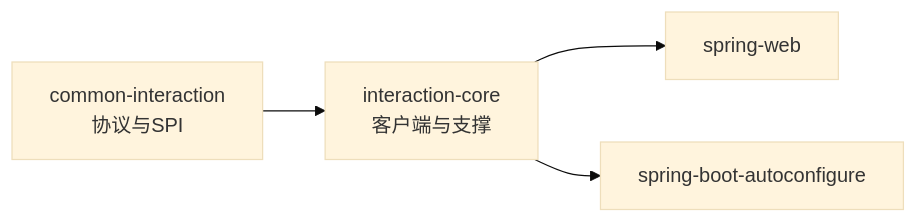
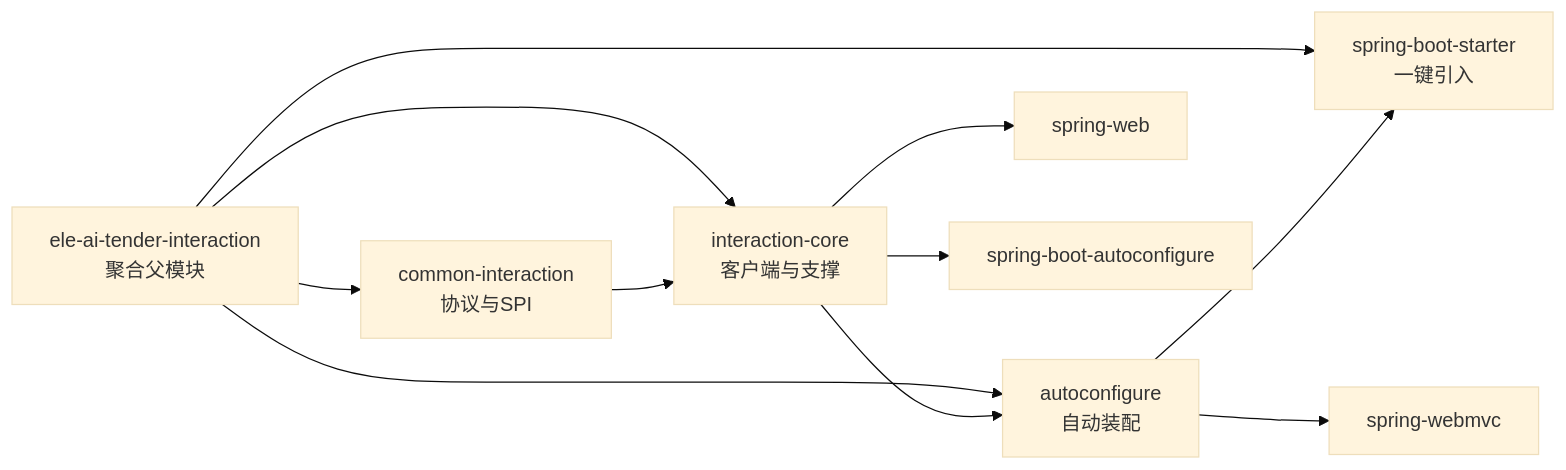
One commit to DrunkFood/First changed the sixth of 6 diagrams in .qoder/repowiki/zh/content/后端服务/交互服务 (ele-ai-tender-interaction)/交互服务 (ele-ai-tender-interaction).md. Above: the diagram before and after it, drawn with Mermaid (base theme). The commit also changed other lines of this file and 66 other files, not shown here.

````diff
--- a/.qoder/repowiki/zh/content/后端服务/交互服务 (ele-ai-tender-interaction)/交互服务 (ele-ai-tender-interaction).md
+++ b/.qoder/repowiki/zh/content/后端服务/交互服务 (ele-ai-tender-interaction)/交互服务 (ele-ai-tender-interaction).md
@@ -232,6 +256,13 @@
 ```mermaid
 graph LR
-CI["common-interaction<br/>协议与SPI"] --> IC["interaction-core<br/>客户端与支撑"]
-IC --> SW["spring-web"]
-IC --> AB["spring-boot-autoconfigure"]
+Parent["ele-ai-tender-interaction<br/>聚合父模块"] --> Common["common-interaction<br/>协议与SPI"]
+Parent --> Core["interaction-core<br/>客户端与支撑"]
+Parent --> Auto["autoconfigure<br/>自动装配"]
+Parent --> Starter["spring-boot-starter<br/>一键引入"]
+Common --> Core
+Core --> Auto
+Auto --> Starter
+Core --> SW["spring-web"]
+Core --> AB["spring-boot-autoconfigure"]
+Auto --> MVC["spring-webmvc"]
 ```
````
